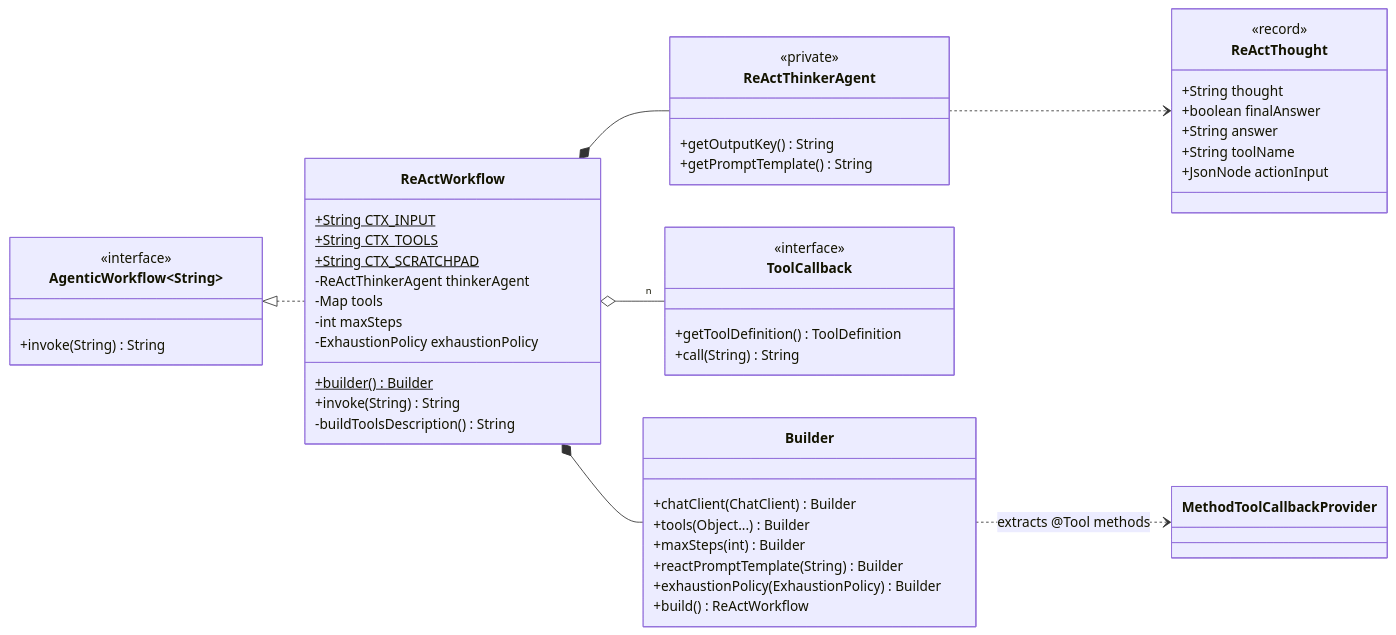
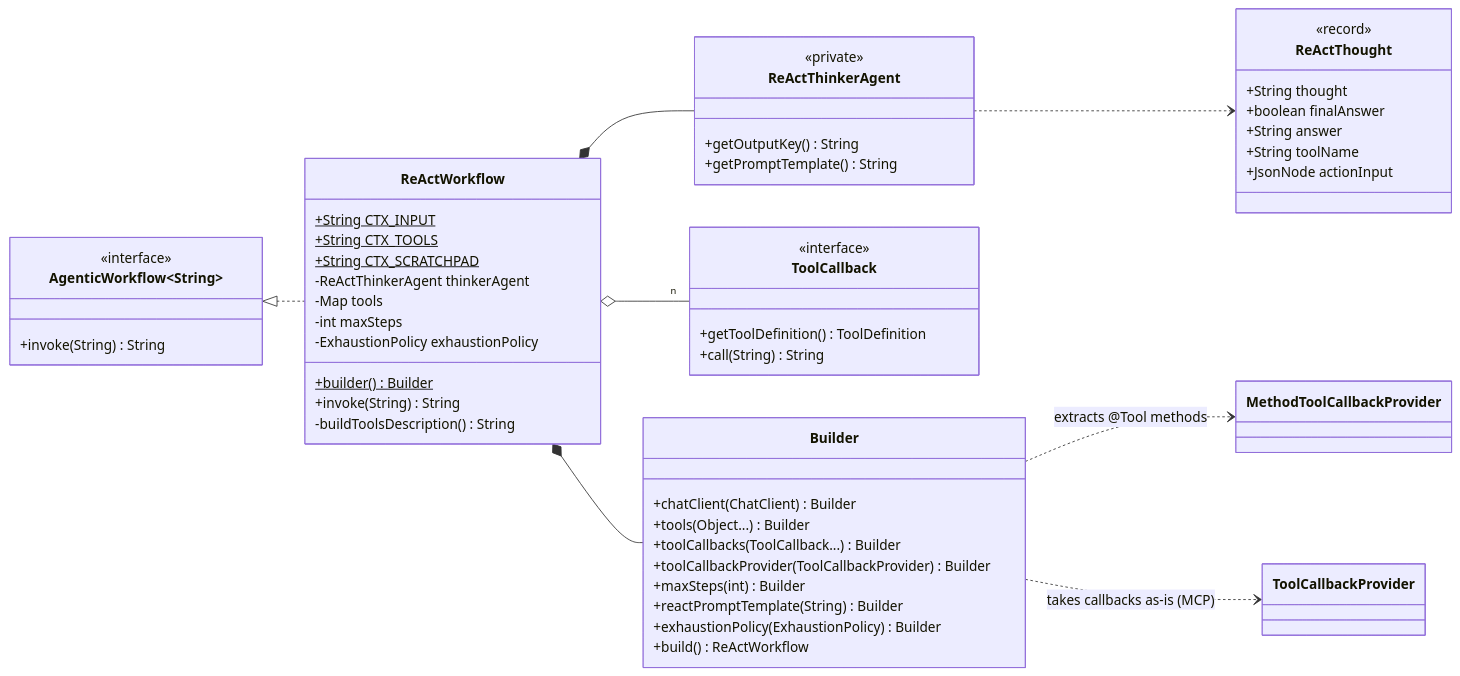
One commit to ronaldwkcheng/agent-api changed the first of 3 diagrams in api/docs/react-workflow.md. Above: the diagram before and after it, drawn with Mermaid. The commit also changed other lines of this file and 9 other files, not shown here.

````diff
--- a/api/docs/react-workflow.md
+++ b/api/docs/react-workflow.md
@@ -20,59 +20,62 @@
 ```mermaid
 classDiagram
     direction LR
 
     class AgenticWorkflow~String~ {
         <<interface>>
         +invoke(String) String
     }
 
     class ReActWorkflow {
         +String CTX_INPUT$
         +String CTX_TOOLS$
         +String CTX_SCRATCHPAD$
         -ReActThinkerAgent thinkerAgent
         -Map tools
         -int maxSteps
         -ExhaustionPolicy exhaustionPolicy
         +builder()$ Builder
         +invoke(String) String
         -buildToolsDescription() String
     }
 
     class ReActThought {
         <<record>>
         +String thought
         +boolean finalAnswer
         +String answer
         +String toolName
         +JsonNode actionInput
     }
 
     class ReActThinkerAgent {
         <<private>>
         +getOutputKey() String
         +getPromptTemplate() String
     }
 
     class ToolCallback {
         <<interface>>
         +getToolDefinition() ToolDefinition
         +call(String) String
     }
 
     class Builder {
         +chatClient(ChatClient) Builder
         +tools(Object...) Builder
+        +toolCallbacks(ToolCallback...) Builder
+        +toolCallbackProvider(ToolCallbackProvider) Builder
         +maxSteps(int) Builder
         +reactPromptTemplate(String) Builder
         +exhaustionPolicy(ExhaustionPolicy) Builder
         +build() ReActWorkflow
     }
 
     AgenticWorkflow <|.. ReActWorkflow
     ReActWorkflow *-- ReActThinkerAgent
     ReActWorkflow *-- Builder
     ReActWorkflow o-- "n" ToolCallback
     ReActThinkerAgent ..> ReActThought
     Builder ..> MethodToolCallbackProvider : extracts @Tool methods
+    Builder ..> ToolCallbackProvider : takes callbacks as-is (MCP)
 ```
````
